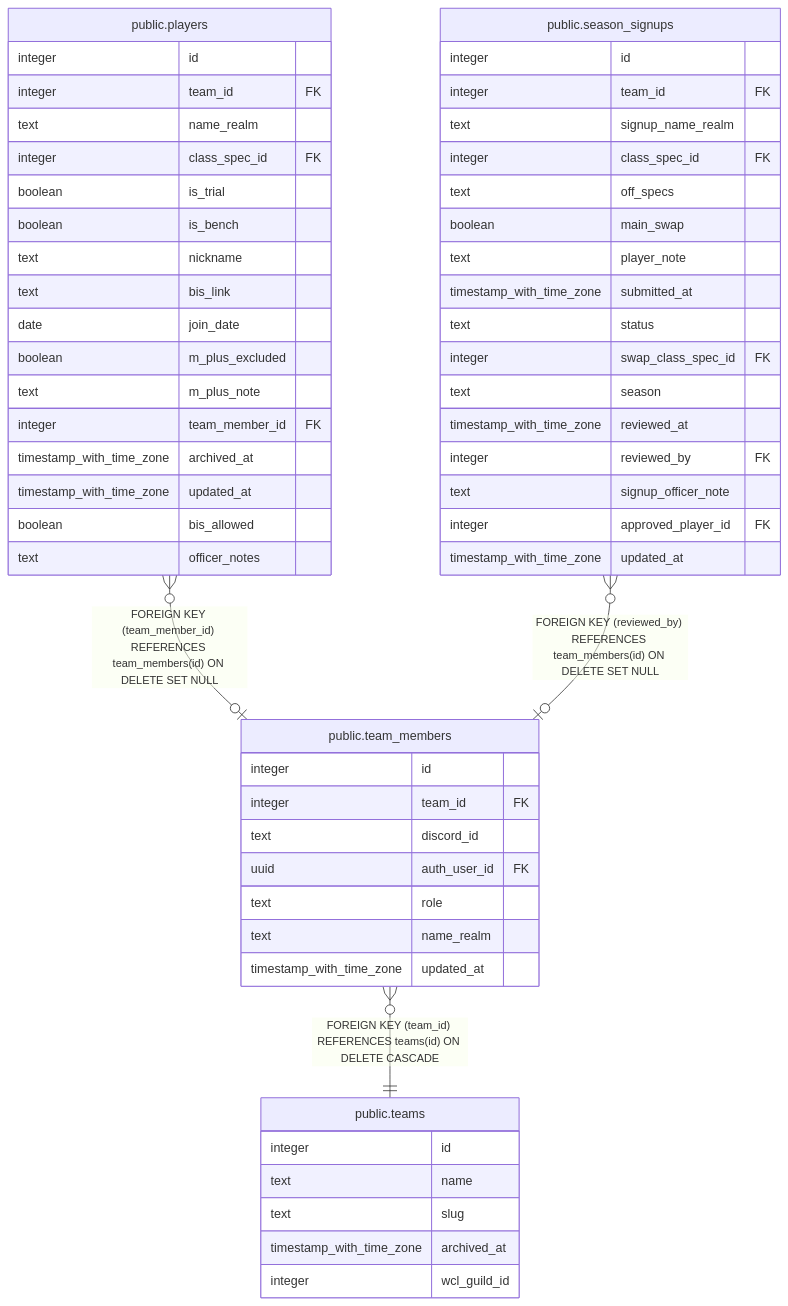
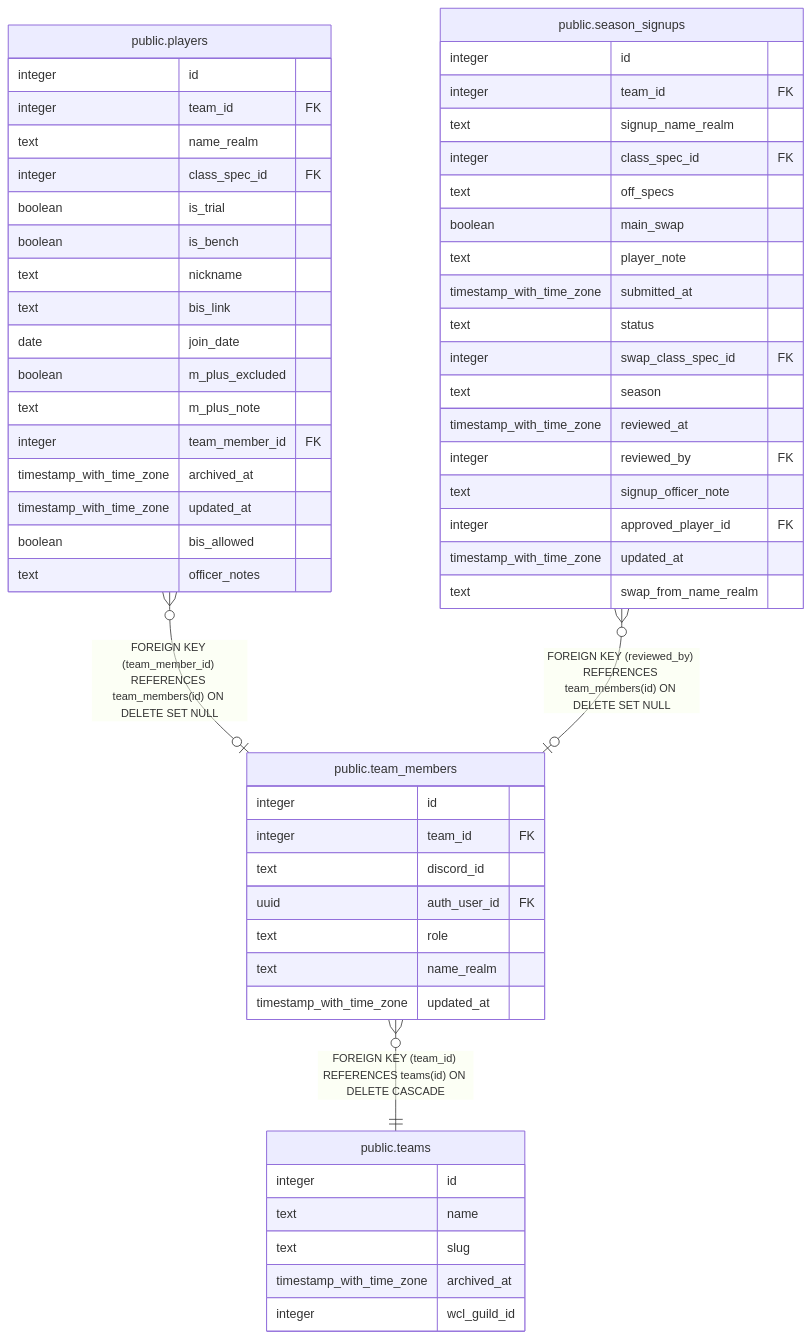
The diagram in dbdoc/public.team_members.md (katogaming88/WGA-Raid-Hub), drawn with Mermaid before and after one commit. The commit also changed 19 other files, not shown here.

````diff
--- a/dbdoc/public.team_members.md
+++ b/dbdoc/public.team_members.md
@@ -40,60 +40,61 @@
 ```mermaid
 erDiagram
 
 "public.players" }o--o| "public.team_members" : "FOREIGN KEY (team_member_id) REFERENCES team_members(id) ON DELETE SET NULL"
 "public.season_signups" }o--o| "public.team_members" : "FOREIGN KEY (reviewed_by) REFERENCES team_members(id) ON DELETE SET NULL"
 "public.team_members" }o--|| "public.teams" : "FOREIGN KEY (team_id) REFERENCES teams(id) ON DELETE CASCADE"
 
 "public.team_members" {
   integer id
   integer team_id FK
   text discord_id
   uuid auth_user_id FK
   text role
   text name_realm
   timestamp_with_time_zone updated_at
 }
 "public.players" {
   integer id
   integer team_id FK
   text name_realm
   integer class_spec_id FK
   boolean is_trial
   boolean is_bench
   text nickname
   text bis_link
   date join_date
   boolean m_plus_excluded
   text m_plus_note
   integer team_member_id FK
   timestamp_with_time_zone archived_at
   timestamp_with_time_zone updated_at
   boolean bis_allowed
   text officer_notes
 }
 "public.season_signups" {
   integer id
   integer team_id FK
   text signup_name_realm
   integer class_spec_id FK
   text off_specs
   boolean main_swap
   text player_note
   timestamp_with_time_zone submitted_at
   text status
   integer swap_class_spec_id FK
   text season
   timestamp_with_time_zone reviewed_at
   integer reviewed_by FK
   text signup_officer_note
   integer approved_player_id FK
   timestamp_with_time_zone updated_at
+  text swap_from_name_realm
 }
 "public.teams" {
   integer id
   text name
   text slug
   timestamp_with_time_zone archived_at
   integer wcl_guild_id
 }
 ```
````
